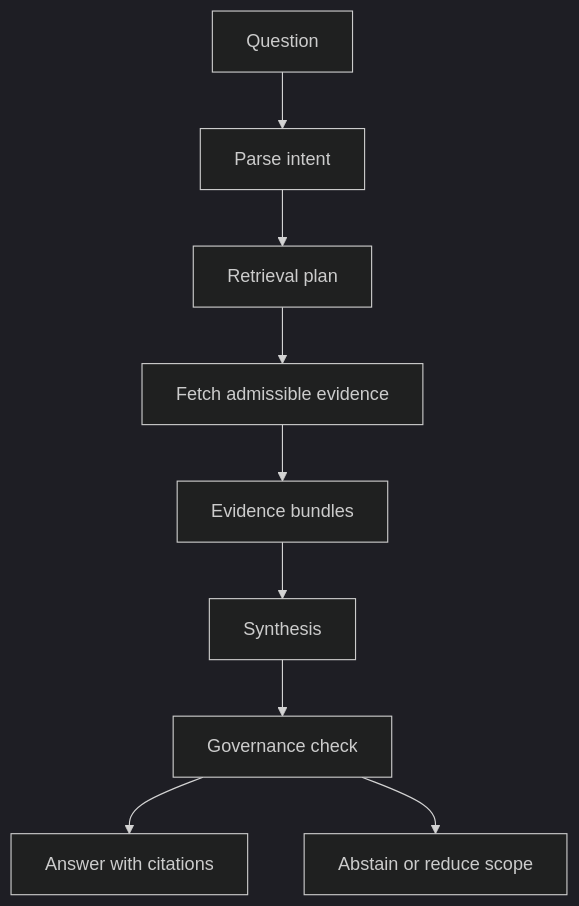
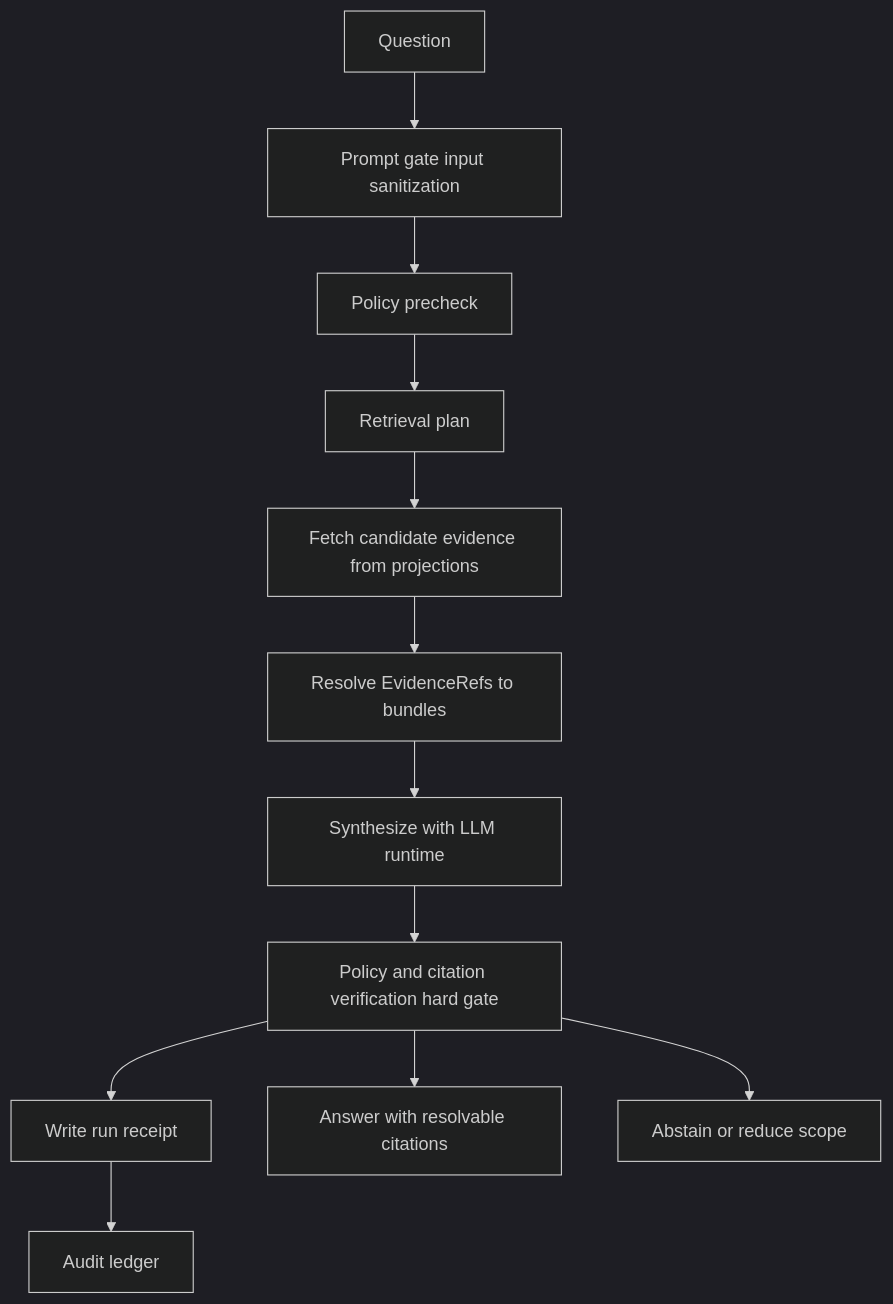
Before and after one commit to bartytime4life/Kansas-Frontier-Matrix: the third of 3 diagrams in docs/ai/README.md, drawn with Mermaid (dark theme). The commit also changed other lines of this file, not shown here.

````diff
--- a/docs/ai/README.md
+++ b/docs/ai/README.md
@@ -157,11 +266,14 @@
 ```mermaid
 flowchart TB
-  Q[Question] --> P[Parse intent]
-  P --> R[Retrieval plan]
-  R --> E[Fetch admissible evidence]
-  E --> EB[Evidence bundles]
-  EB --> S[Synthesis]
-  S --> G[Governance check]
-  G --> OK[Answer with citations]
-  G --> NO[Abstain or reduce scope]
+  Q[Question] --> PG[Prompt gate input sanitization]
+  PG --> P0[Policy precheck]
+  P0 --> R[Retrieval plan]
+  R --> F[Fetch candidate evidence from projections]
+  F --> EV[Resolve EvidenceRefs to bundles]
+  EV --> S[Synthesize with LLM runtime]
+  S --> P1[Policy and citation verification hard gate]
+  P1 --> REC[Write run receipt]
+  P1 --> OK[Answer with resolvable citations]
+  P1 --> NO[Abstain or reduce scope]
+  REC --> AUD[Audit ledger]
 ```
````
